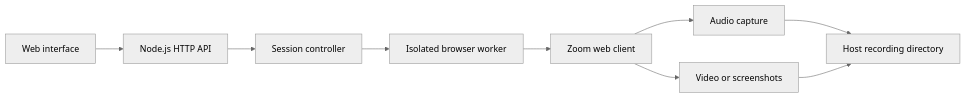
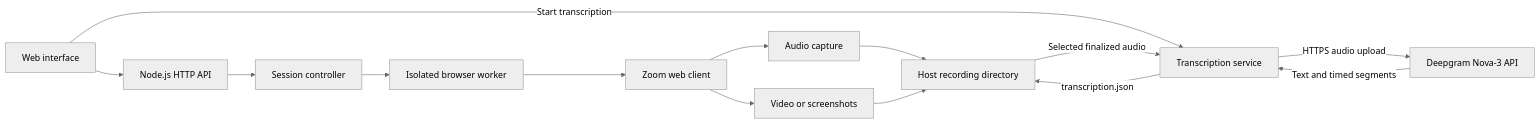
The diagram in README.md (GKhotyan/meeting-assistant), drawn with Mermaid (neutral theme) before and after one commit. The commit also changed other lines of this file and 20 other files, not shown here.

Commit message:
Add Deepgram meeting transcription and document recording workflow

````diff
--- a/README.md
+++ b/README.md
@@ -76,11 +94,16 @@
 ```mermaid
 flowchart LR
     UI[Web interface] --> API[Node.js HTTP API]
     API --> Controller[Session controller]
     Controller --> Worker[Isolated browser worker]
     Worker --> Zoom[Zoom web client]
     Zoom --> Audio[Audio capture]
     Zoom --> Visuals[Video or screenshots]
     Audio --> Disk[Host recording directory]
     Visuals --> Disk
+    UI -->|Start transcription| Transcription[Transcription service]
+    Disk -->|Selected finalized audio| Transcription
+    Transcription -->|HTTPS audio upload| Deepgram[Deepgram Nova-3 API]
+    Deepgram -->|Text and timed segments| Transcription
+    Transcription -->|transcription.json| Disk
 ```
````
